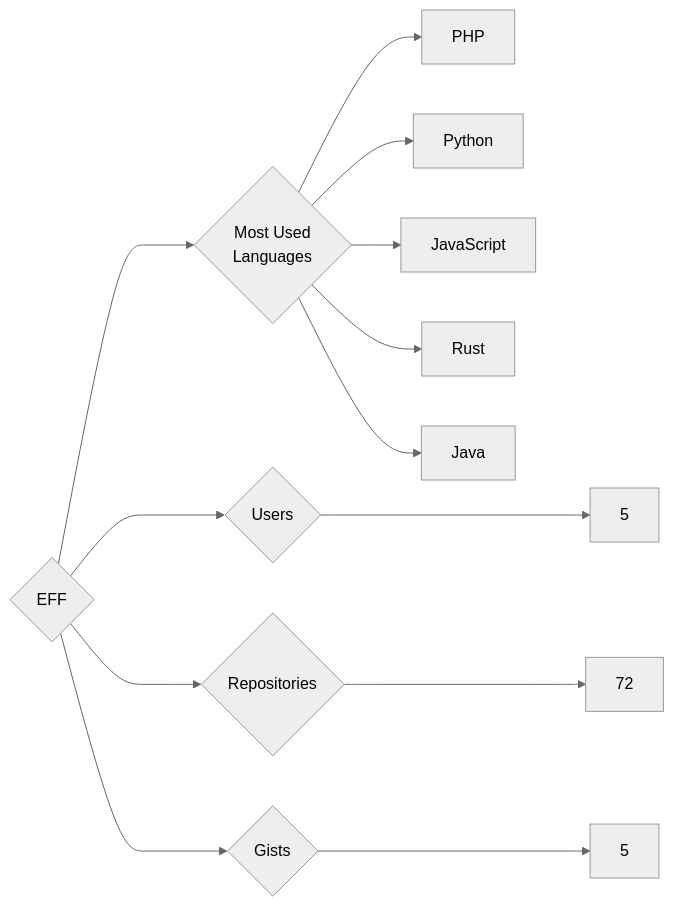
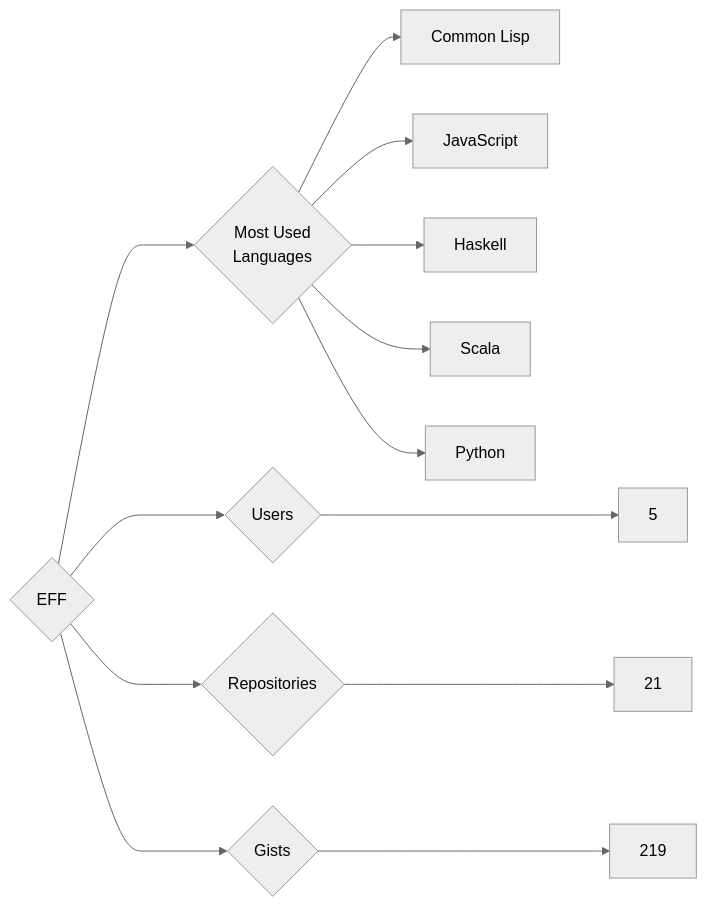
The diagram in targets/EFF/README.md (trickest/insiders), drawn with Mermaid (neutral theme) before and after one commit. The commit also changed 1141 other files, not shown here.

````diff
--- a/targets/EFF/README.md
+++ b/targets/EFF/README.md
@@ -3,13 +3,13 @@
 ```mermaid
 graph LR
 COMPANY_NAME{EFF}
 COMPANY_NAME ---> U{Users} ---> UN[5]
-COMPANY_NAME ---> R{Repositories} ---> RN[72]
-COMPANY_NAME ---> G{Gists} ---> GN[5]
+COMPANY_NAME ---> R{Repositories} ---> RN[21]
+COMPANY_NAME ---> G{Gists} ---> GN[219]
 COMPANY_NAME ---> ML{Most Used<br>Languages}
-ML --> PHP[PHP]
+ML --> Common_Lisp[Common Lisp]
+ML --> JavaScript[JavaScript]
+ML --> Haskell[Haskell]
+ML --> Scala[Scala]
 ML --> Python[Python]
-ML --> JavaScript[JavaScript]
-ML --> Rust[Rust]
-ML --> Java[Java]
 ```
````
